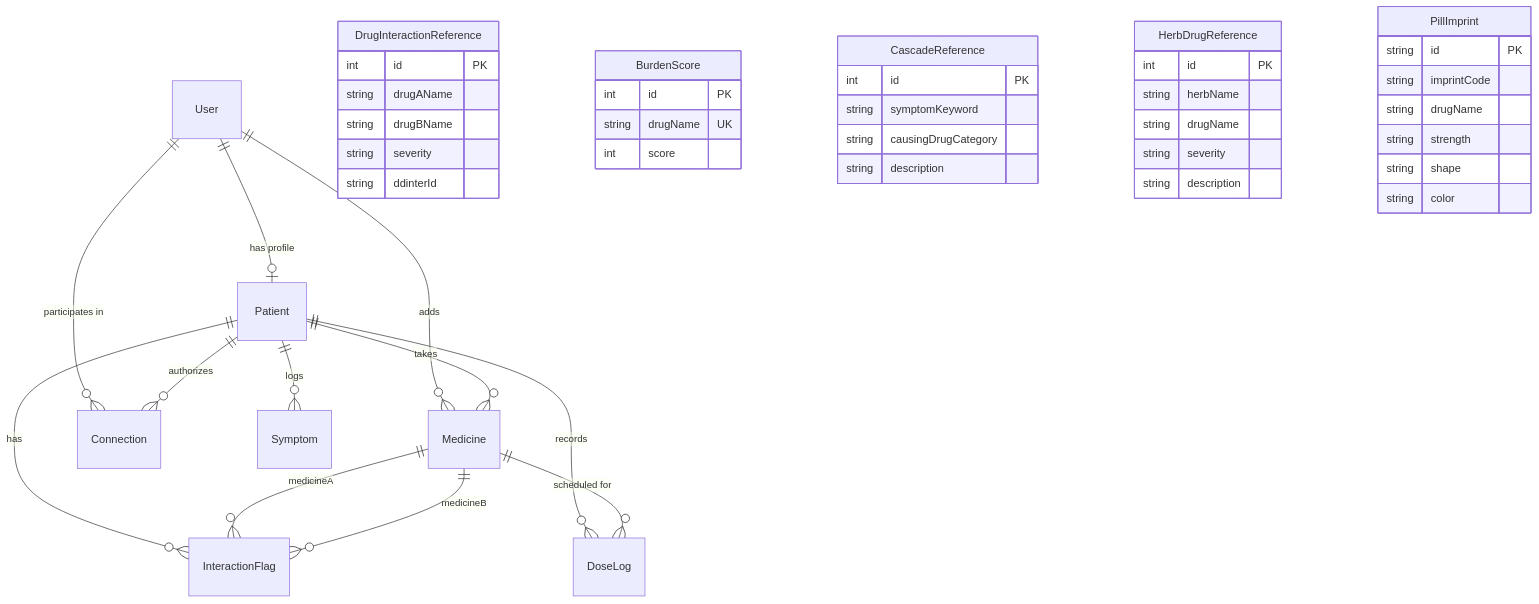
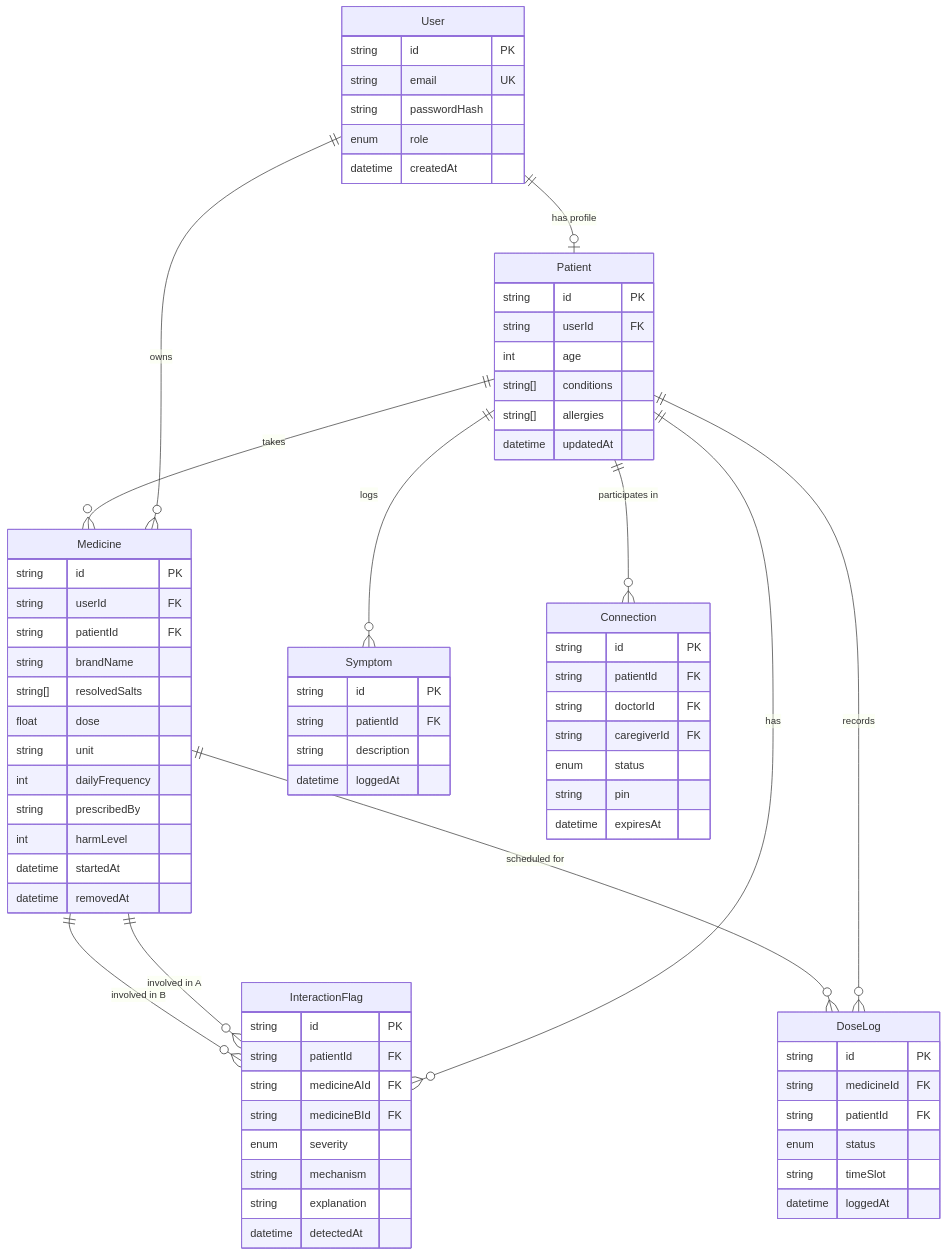
The diagram in README.md (meetchauhan17/PolySafe), drawn with Mermaid before and after one commit. The commit also changed other lines of this file, not shown here.

Commit message:
docs(readme): complete rewrite — modern, detailed, 915-line professional reference

````diff
--- a/README.md
+++ b/README.md
@@ -331,52 +623,76 @@
 ```mermaid
 erDiagram
+    User {
+        string id PK
+        string email UK
+        string passwordHash
+        enum role
+        datetime createdAt
+    }
+    Patient {
+        string id PK
+        string userId FK
+        int age
+        string[] conditions
+        string[] allergies
+        datetime updatedAt
+    }
+    Medicine {
+        string id PK
+        string userId FK
+        string patientId FK
+        string brandName
+        string[] resolvedSalts
+        float dose
+        string unit
+        int dailyFrequency
+        string prescribedBy
+        int harmLevel
+        datetime startedAt
+        datetime removedAt
+    }
+    Symptom {
+        string id PK
+        string patientId FK
+        string description
+        datetime loggedAt
+    }
+    InteractionFlag {
+        string id PK
+        string patientId FK
+        string medicineAId FK
+        string medicineBId FK
+        enum severity
+        string mechanism
+        string explanation
+        datetime detectedAt
+    }
+    DoseLog {
+        string id PK
+        string medicineId FK
+        string patientId FK
+        enum status
+        string timeSlot
+        datetime loggedAt
+    }
+    Connection {
+        string id PK
+        string patientId FK
+        string doctorId FK
+        string caregiverId FK
+        enum status
+        string pin
+        datetime expiresAt
+    }
+
     User ||--o| Patient : "has profile"
-    User ||--o{ Medicine : "adds"
-    User ||--o{ Connection : "participates in"
+    User ||--o{ Medicine : "owns"
     Patient ||--o{ Medicine : "takes"
     Patient ||--o{ Symptom : "logs"
-    Patient ||--o{ Connection : "authorizes"
     Patient ||--o{ InteractionFlag : "has"
     Patient ||--o{ DoseLog : "records"
-    Medicine ||--o{ InteractionFlag : "medicineA"
-    Medicine ||--o{ InteractionFlag : "medicineB"
+    Patient ||--o{ Connection : "participates in"
+    Medicine ||--o{ InteractionFlag : "involved in A"
+    Medicine ||--o{ InteractionFlag : "involved in B"
     Medicine ||--o{ DoseLog : "scheduled for"
-
-    DrugInteractionReference {
-        int id PK
-        string drugAName
-        string drugBName
-        string severity
-        string ddinterId
-    }
-
-    BurdenScore {
-        int id PK
-        string drugName UK
-        int score
-    }
-
-    CascadeReference {
-        int id PK
-        string symptomKeyword
-        string causingDrugCategory
-        string description
-    }
-
-    HerbDrugReference {
-        int id PK
-        string herbName
-        string drugName
-        string severity
-        string description
-    }
-
-    PillImprint {
-        string id PK
-        string imprintCode
-        string drugName
-        string strength
-        string shape
-        string color
-    }
 ```
````
